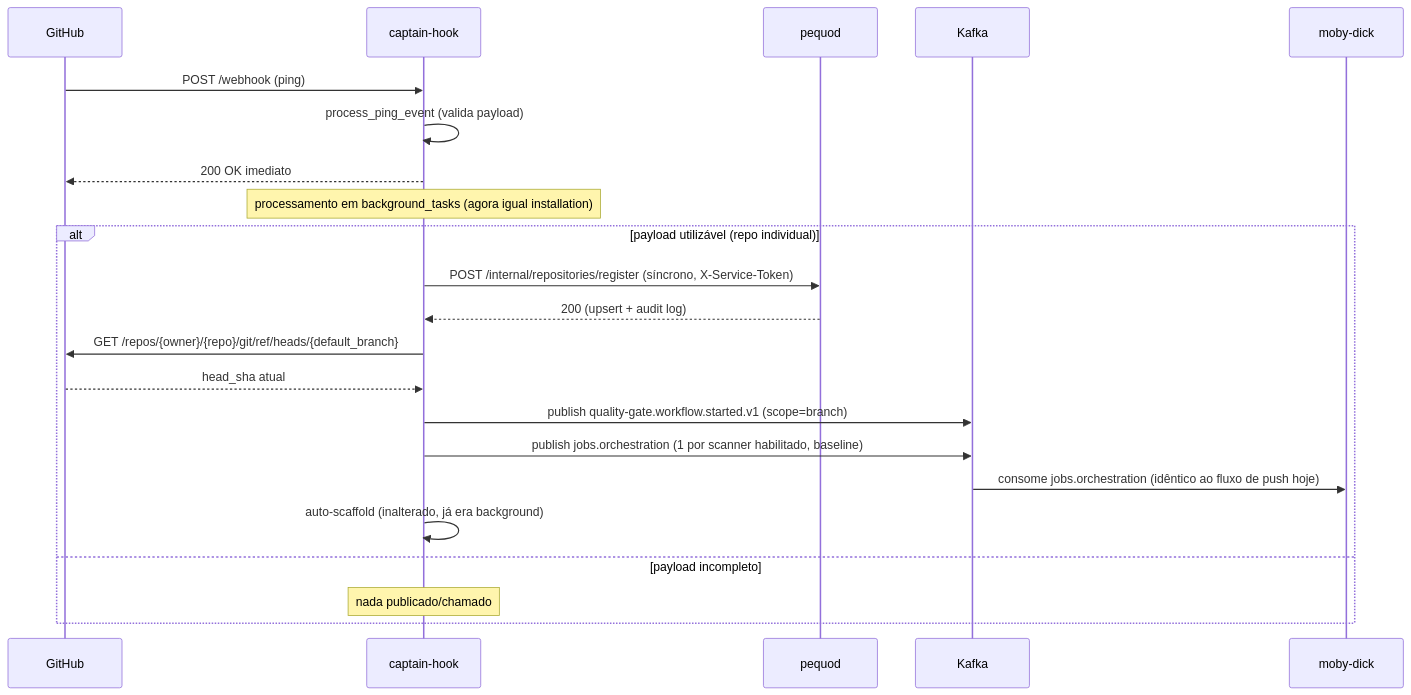
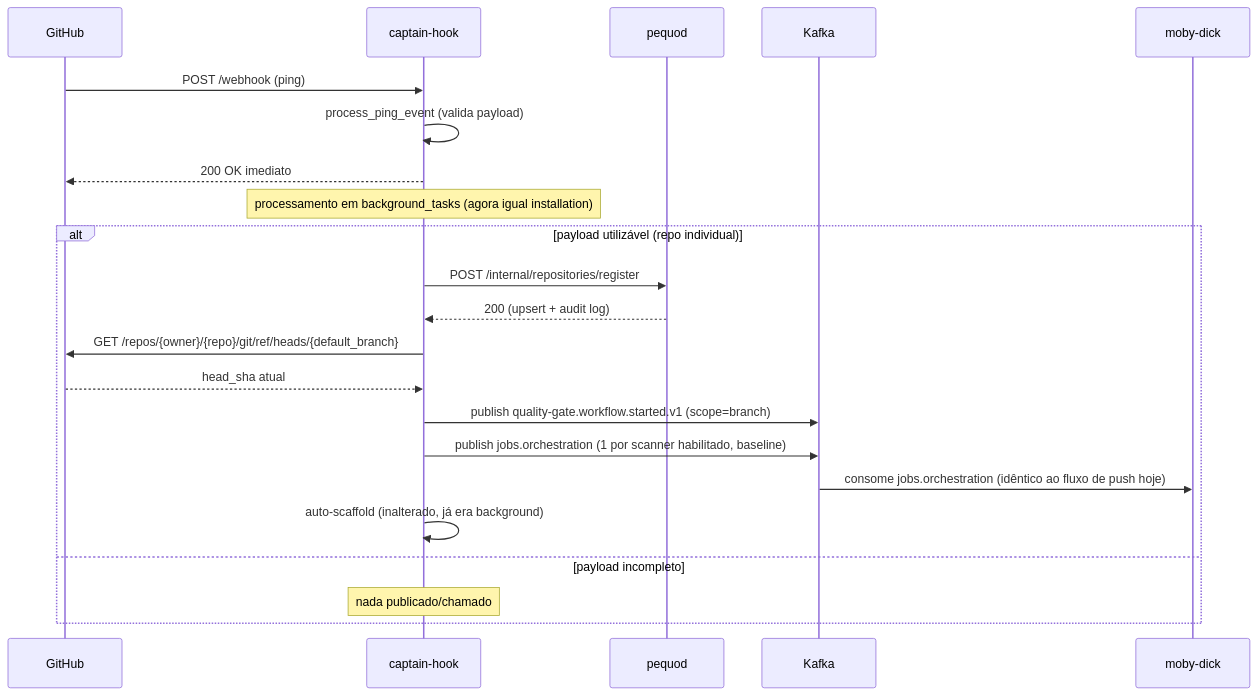
The first of 2 diagrams in docs/design/ping-install-rest-migration.md (OdinEye-FIAP/aspm-docs), drawn with Mermaid before and after one commit. The commit also changed other lines of this file, not shown here.

Commit message:
docs: anotacao de auth do endpoint de registro fica so uma vez, simetrica nos dois diagramas

````diff
--- a/docs/design/ping-install-rest-migration.md
+++ b/docs/design/ping-install-rest-migration.md
@@ -89,26 +94,26 @@
 ```mermaid
 sequenceDiagram
     participant GH as GitHub
     participant CH as captain-hook
     participant PQ as pequod
     participant K as Kafka
     participant MD as moby-dick
 
     GH->>CH: POST /webhook (ping)
     CH->>CH: process_ping_event (valida payload)
     CH-->>GH: 200 OK imediato
     Note over CH: processamento em background_tasks (agora igual installation)
 
     alt payload utilizável (repo individual)
-        CH->>PQ: POST /internal/repositories/register (síncrono, X-Service-Token)
+        CH->>PQ: POST /internal/repositories/register
         PQ-->>CH: 200 (upsert + audit log)
         CH->>GH: GET /repos/{owner}/{repo}/git/ref/heads/{default_branch}
         GH-->>CH: head_sha atual
         CH->>K: publish quality-gate.workflow.started.v1 (scope=branch)
         CH->>K: publish jobs.orchestration (1 por scanner habilitado, baseline)
         K->>MD: consome jobs.orchestration (idêntico ao fluxo de push hoje)
         CH->>CH: auto-scaffold (inalterado, já era background)
     else payload incompleto
         Note over CH: nada publicado/chamado
     end
 ```
````
